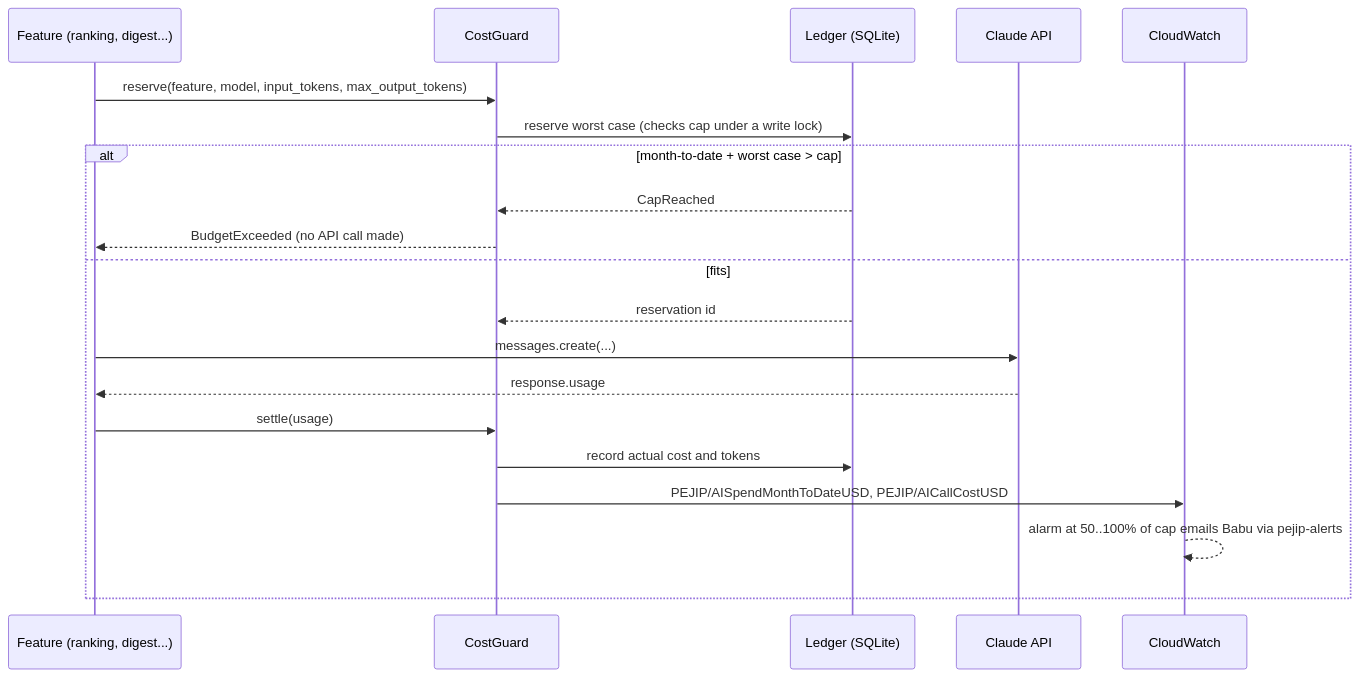
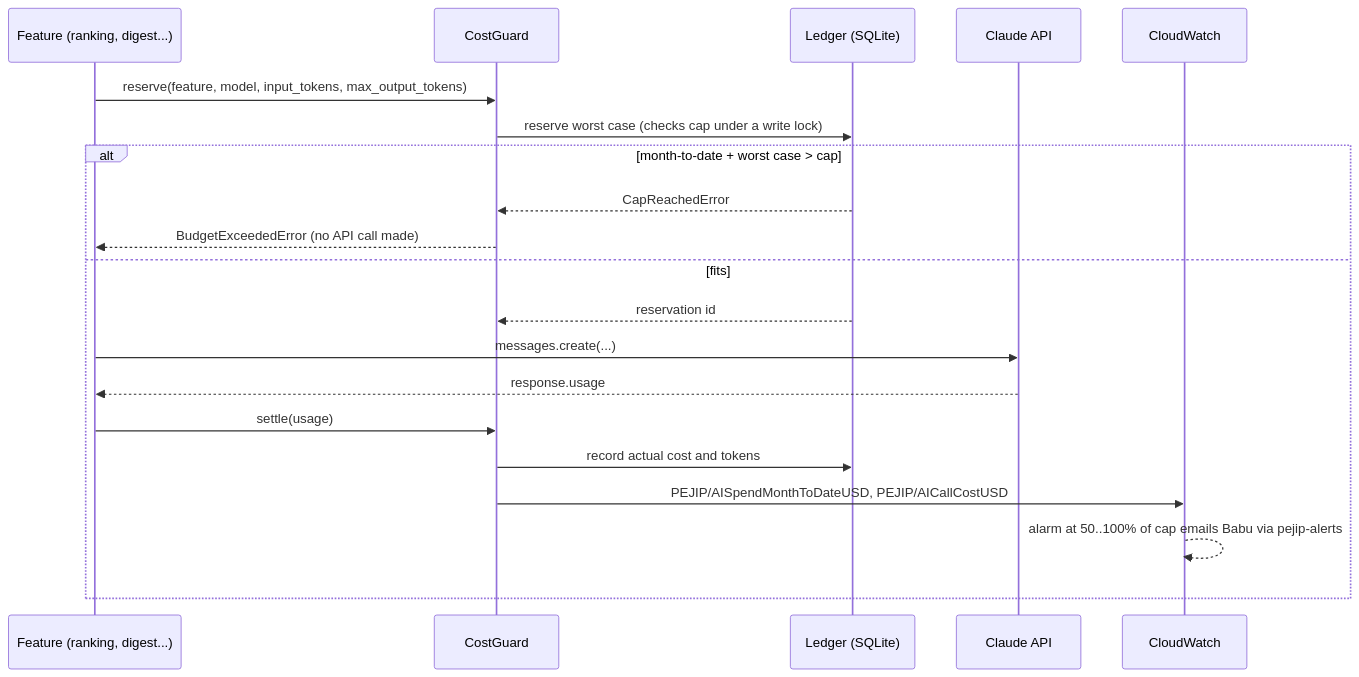
One commit to madduri-ops/PEJIP changed the diagram in docs/design/0001-ai-cost-guard.md. Above: the diagram before and after it, drawn with Mermaid. The commit also changed other lines of this file and 10 other files, not shown here.

````diff
--- a/docs/design/0001-ai-cost-guard.md
+++ b/docs/design/0001-ai-cost-guard.md
@@ -33,22 +33,22 @@
 ```mermaid
 sequenceDiagram
     participant F as Feature (ranking, digest...)
     participant G as CostGuard
     participant L as Ledger (SQLite)
     participant A as Claude API
     participant C as CloudWatch
     F->>G: reserve(feature, model, input_tokens, max_output_tokens)
     G->>L: reserve worst case (checks cap under a write lock)
     alt month-to-date + worst case > cap
-        L-->>G: CapReached
-        G-->>F: BudgetExceeded (no API call made)
+        L-->>G: CapReachedError
+        G-->>F: BudgetExceededError (no API call made)
     else fits
         L-->>G: reservation id
         F->>A: messages.create(...)
         A-->>F: response.usage
         F->>G: settle(usage)
         G->>L: record actual cost and tokens
         G->>C: PEJIP/AISpendMonthToDateUSD, PEJIP/AICallCostUSD
         C-->>C: alarm at 50..100% of cap emails Babu via pejip-alerts
     end
 ```
````
